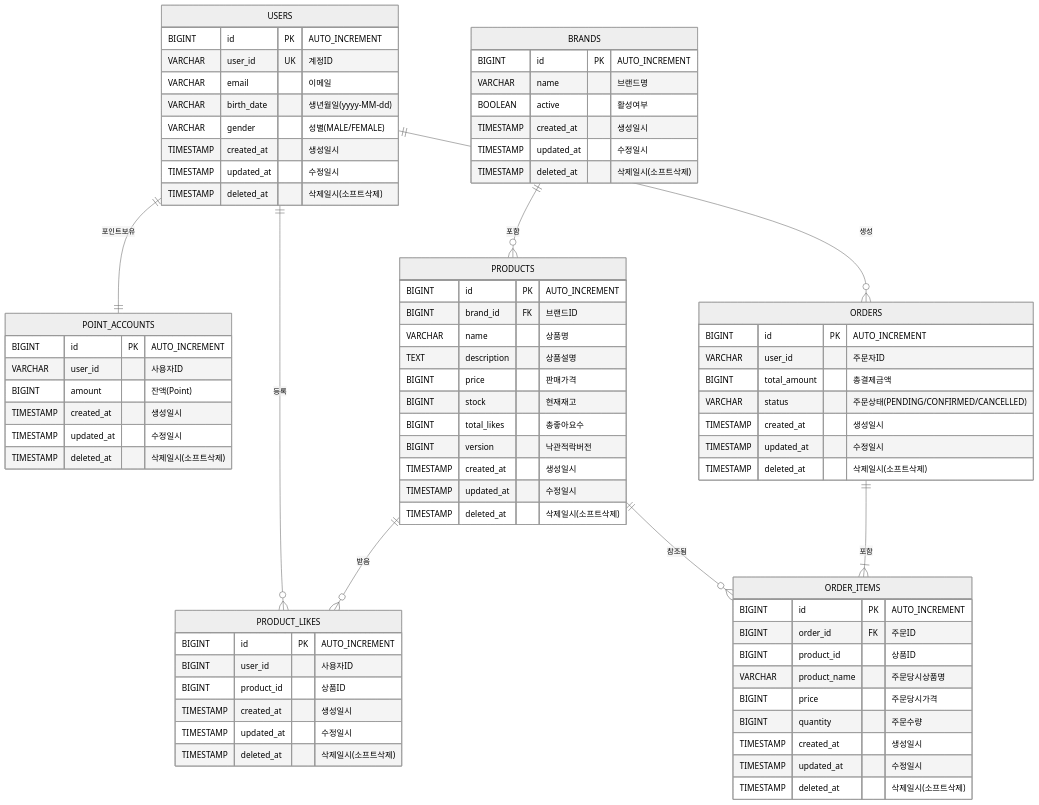
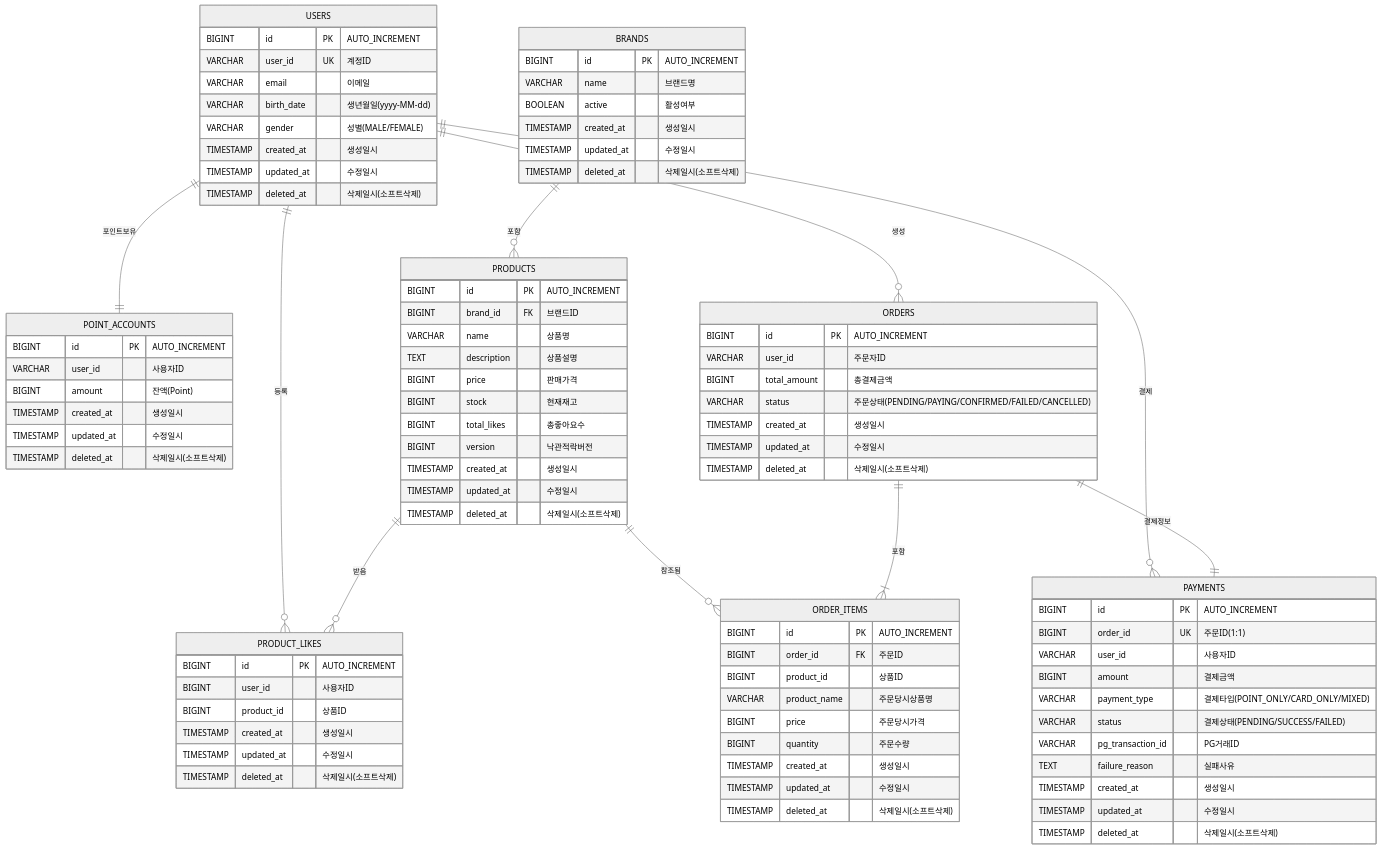
Before and after one commit to jeonga1022/loopers-spring-java-template: the diagram in docs/week2/04-erd.md, drawn with Mermaid (neutral theme). The commit also changed other lines of this file and 3 other files, not shown here.

```diff
--- a/docs/week2/04-erd.md
+++ b/docs/week2/04-erd.md
@@ -5,10 +5,12 @@
     USERS ||--|| POINT_ACCOUNTS: "포인트보유"
     USERS ||--o{ PRODUCT_LIKES: "등록"
     USERS ||--o{ ORDERS: "생성"
+    USERS ||--o{ PAYMENTS: "결제"
     BRANDS ||--o{ PRODUCTS: "포함"
     PRODUCTS ||--o{ PRODUCT_LIKES: "받음"
     PRODUCTS ||--o{ ORDER_ITEMS: "참조됨"
     ORDERS ||--|{ ORDER_ITEMS: "포함"
+    ORDERS ||--|| PAYMENTS: "결제정보"
 
     USERS {
         BIGINT id PK "AUTO_INCREMENT"
@@ -66,7 +68,7 @@
         BIGINT id PK "AUTO_INCREMENT"
         VARCHAR user_id "주문자ID"
         BIGINT total_amount "총결제금액"
-        VARCHAR status "주문상태(PENDING/CONFIRMED/CANCELLED)"
+        VARCHAR status "주문상태(PENDING/PAYING/CONFIRMED/FAILED/CANCELLED)"
         TIMESTAMP created_at "생성일시"
         TIMESTAMP updated_at "수정일시"
         TIMESTAMP deleted_at "삭제일시(소프트삭제)"
@@ -83,4 +85,18 @@
         TIMESTAMP updated_at "수정일시"
         TIMESTAMP deleted_at "삭제일시(소프트삭제)"
     }
+
+    PAYMENTS {
+        BIGINT id PK "AUTO_INCREMENT"
+        BIGINT order_id UK "주문ID(1:1)"
+        VARCHAR user_id "사용자ID"
+        BIGINT amount "결제금액"
+        VARCHAR payment_type "결제타입(POINT_ONLY/CARD_ONLY/MIXED)"
+        VARCHAR status "결제상태(PENDING/SUCCESS/FAILED)"
+        VARCHAR pg_transaction_id "PG거래ID"
+        TEXT failure_reason "실패사유"
+        TIMESTAMP created_at "생성일시"
+        TIMESTAMP updated_at "수정일시"
+        TIMESTAMP deleted_at "삭제일시(소프트삭제)"
+    }
 ~~~
```
